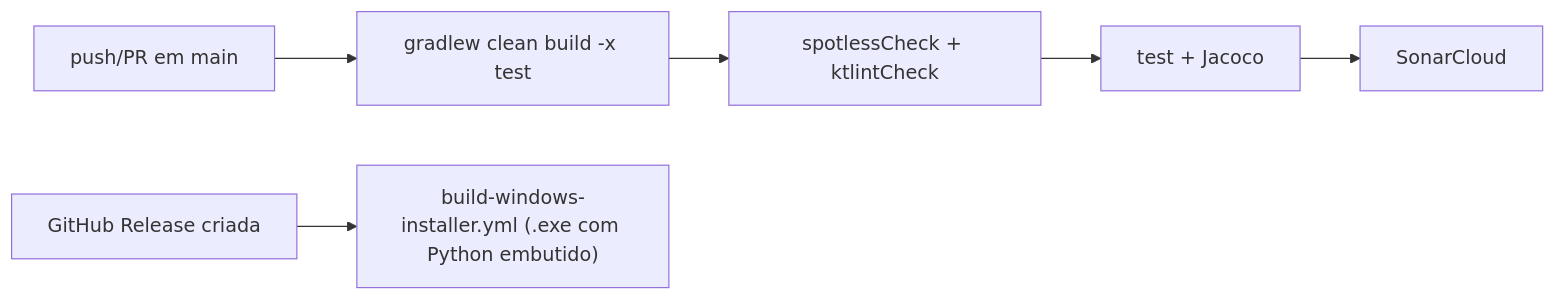
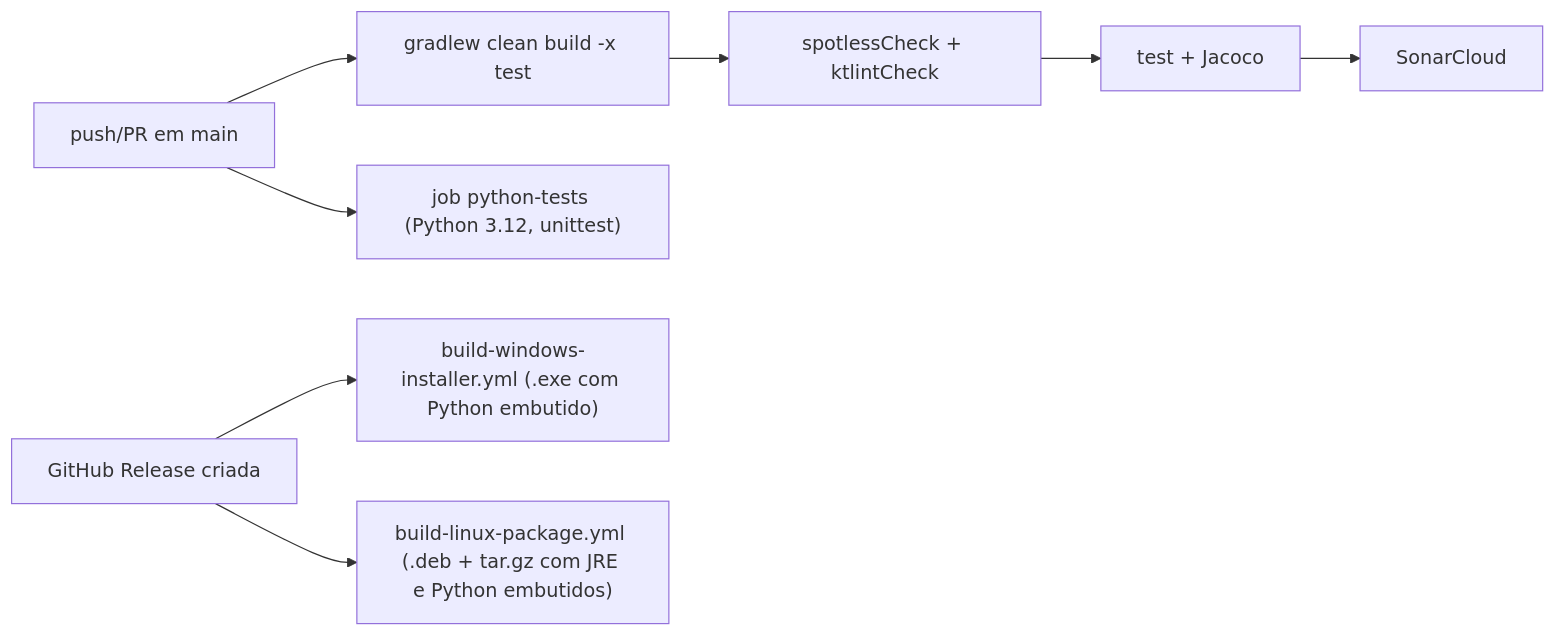
The diagram in .aidlc/codekb/MOINEX/operations.md (luk3rr/MOINEX), drawn with Mermaid before and after one commit. The commit also changed other lines of this file and 13 other files, not shown here.

````diff
--- a/.aidlc/codekb/MOINEX/operations.md
+++ b/.aidlc/codekb/MOINEX/operations.md
@@ -24,5 +28,7 @@
 ```mermaid
 flowchart LR
   Push["push/PR em main"] --> Build["gradlew clean build -x test"] --> Lint["spotlessCheck + ktlintCheck"] --> Test["test + Jacoco"] --> Sonar["SonarCloud"]
+  Push --> Py["job python-tests (Python 3.12, unittest)"]
   Rel["GitHub Release criada"] --> Win["build-windows-installer.yml (.exe com Python embutido)"]
+  Rel --> Lin["build-linux-package.yml (.deb + tar.gz com JRE e Python embutidos)"]
 ```
````
